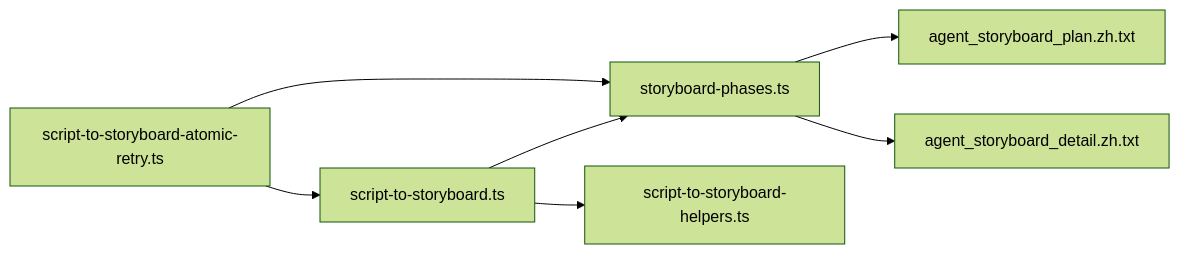
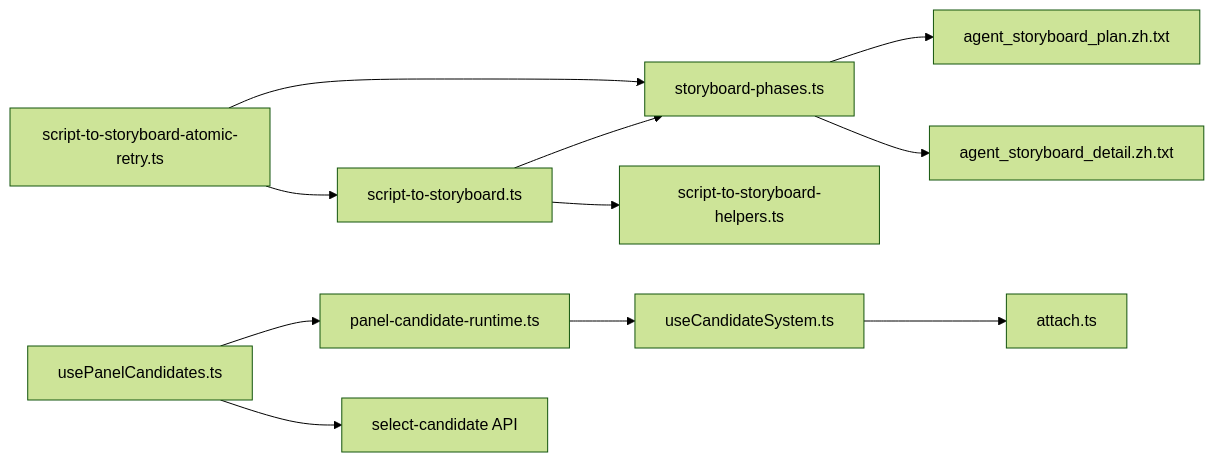
One commit to lyl2021/waoowaoo changed the ninth of 9 diagrams in .qoder/repowiki/zh/content/小说推广工作流/分镜生成模块.md. Above: the diagram before and after it, drawn with Mermaid (forest theme). The commit also changed other lines of this file and 18 other files, not shown here.

````diff
--- a/.qoder/repowiki/zh/content/小说推广工作流/分镜生成模块.md
+++ b/.qoder/repowiki/zh/content/小说推广工作流/分镜生成模块.md
@@ -262,9 +398,13 @@
 ```mermaid
 graph LR
 STS["script-to-storyboard.ts"] --> SP["storyboard-phases.ts"]
 STS --> SH["script-to-storyboard-helpers.ts"]
 STR["script-to-storyboard-atomic-retry.ts"] --> SP
 STR --> STS
 SP --> PT1["agent_storyboard_plan.zh.txt"]
 SP --> PT2["agent_storyboard_detail.zh.txt"]
+PCR["panel-candidate-runtime.ts"] --> UCS["useCandidateSystem.ts"]
+UPC["usePanelCandidates.ts"] --> PCR
+UPC --> API["select-candidate API"]
+UCS --> ATT["attach.ts"]
 ```
````
